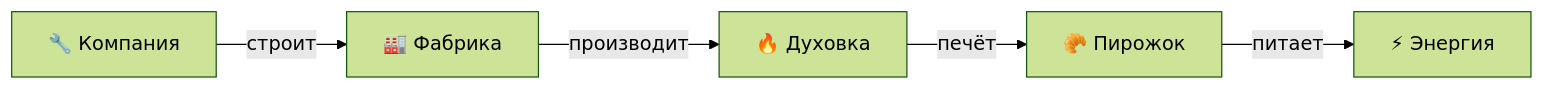
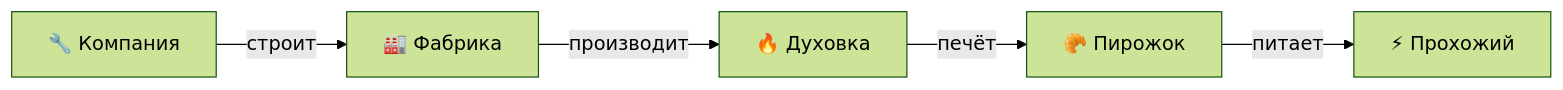
The diagram in slides/04-bakery-value-chain.md (ypolosov/talk-ai-driven-sdlc), drawn with Mermaid (forest theme) before and after one commit. The commit also changed other lines of this file and 34 other files, not shown here.

````diff
--- a/slides/04-bakery-value-chain.md
+++ b/slides/04-bakery-value-chain.md
@@ -13,7 +13,7 @@
 ```mermaid
 graph LR
     A[🔧 Компания ] -->|строит| B[🏭 Фабрика]
     B -->|производит| C[🔥 Духовка]
     C -->|печёт| D[🥐 Пирожок]
-    D -->|питает| E[⚡ Энергия]
+    D -->|питает | E[⚡ Прохожий]
 ```
````
